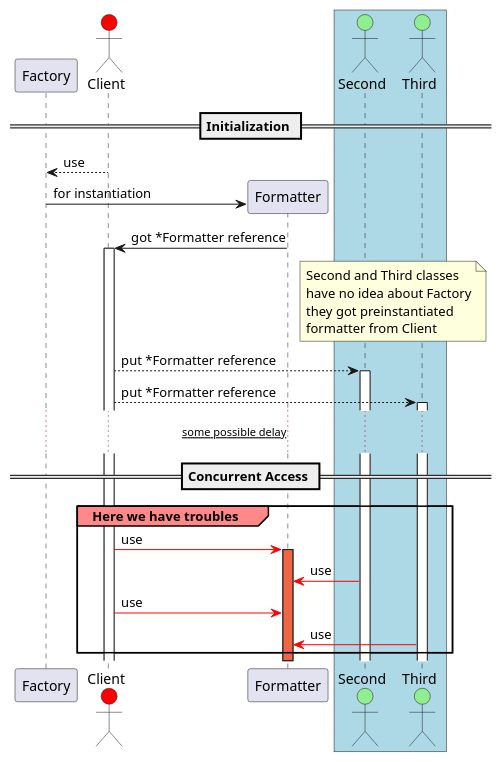
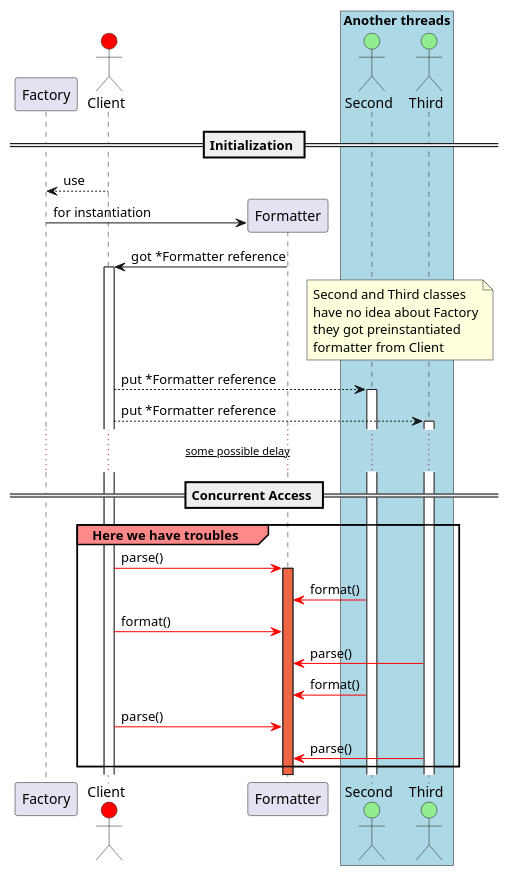
One commit to i-home/hanky changed the diagram in Throuble.puml. Above: the diagram before and after it, drawn with PlantUML. The commit also changed 1 other file, not shown here.

Commit message:
diagram update

```diff
--- a/Throuble.puml
+++ b/Throuble.puml
@@ -1,36 +1,39 @@
 @startuml
 skinparam sequence {
 	GroupBackgroundColor #ff8888
 }
 == Initialization ==
 participant Factory
 actor Client #red
 Client-->Factory:use
 create Formatter
 Factory->Formatter:for instantiation
 Formatter->Client:got *Formatter reference
 activate Client
-box #lightblue
+box "Another threads" #lightblue
 actor Second #lightgreen
 actor Third #lightgreen
 end box
 note over Second, Third
  Second and Third classes
  have no idea about Factory
  they got preinstantiated 
  formatter from Client
 endnote
 Second<--Client:put *Formatter reference
 activate Second
 Third<--Client:put *Formatter reference
 activate Third
 ... ~~some possible delay~~ ...
 == Concurrent Access ==
 group Here we have troubles
-Client -[#red]> Formatter:use
+Client -[#red]> Formatter:parse()
 activate Formatter #ee6644
-Second -[#red]> Formatter:use
-Client -[#red]> Formatter:use
-Third -[#red]> Formatter:use
+Second -[#red]> Formatter:format()
+Client -[#red]> Formatter:format()
+Third -[#red]> Formatter:parse()
+Second -[#red]> Formatter:format()
+Client -[#red]> Formatter:parse()
+Third -[#red]> Formatter:parse()
 end
 @enduml
```
